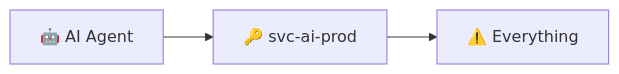
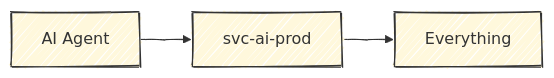
The second of 3 diagrams in src/content/blog/2026/2026-09-25-stop-giving-ai-agents-service-accounts.mdx (nikolajflojgaard/website), drawn with Mermaid before and after one commit. The commit also changed other lines of this file, not shown here.

Commit message:
Fix Mermaid diagrams using established site syntax

````diff
--- a/src/content/blog/2026/2026-09-25-stop-giving-ai-agents-service-accounts.mdx
+++ b/src/content/blog/2026/2026-09-25-stop-giving-ai-agents-service-accounts.mdx
@@ -119,5 +120,9 @@
 ```mermaid
+%%{init: {"look": "handDrawn", "theme": "base", "themeVariables": {"fontFamily": "Comic Sans MS, Virgil, Arial", "primaryColor": "#fff8dc", "primaryBorderColor": "#333", "lineColor": "#333"}}}%%
 flowchart LR
-    A["🤖 AI Agent"] --> S["🔑 svc-ai-prod"]
-    S --> E["⚠️ Everything"]
+  agent["AI Agent"]
+  service["svc-ai-prod"]
+  everything["Everything"]
+
+  agent --> service --> everything
 ```
````
